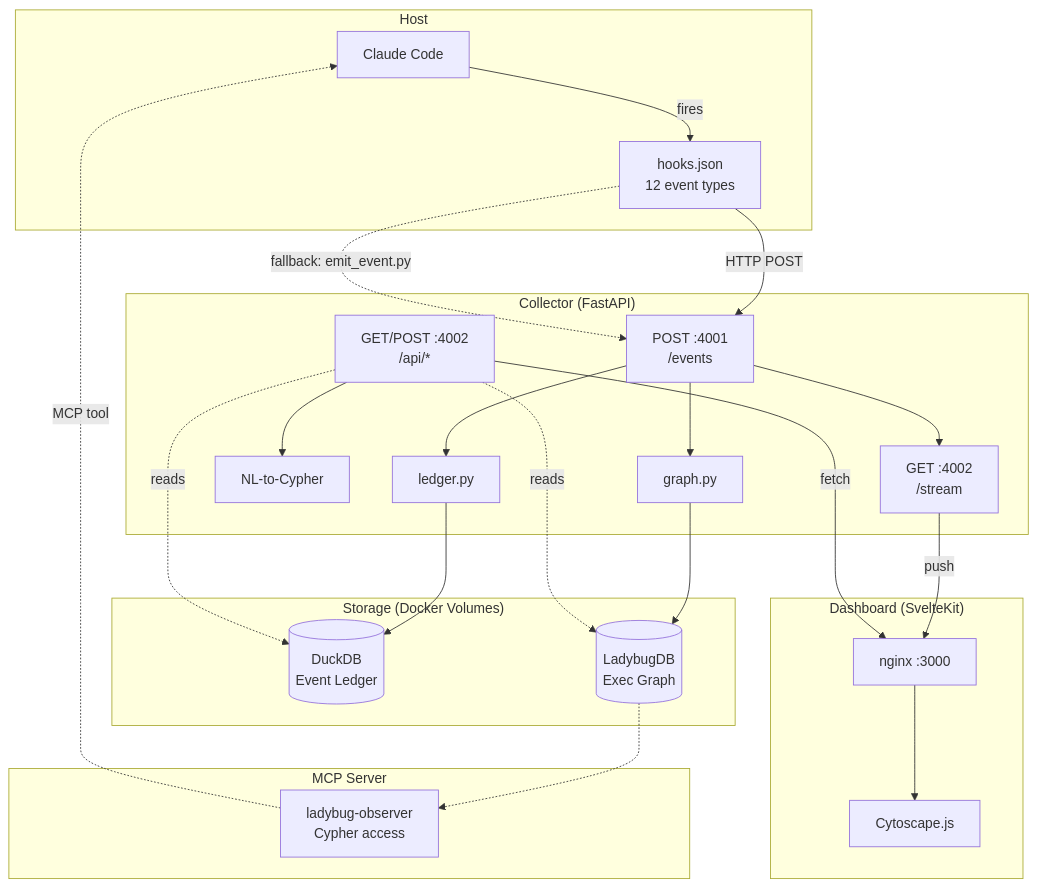
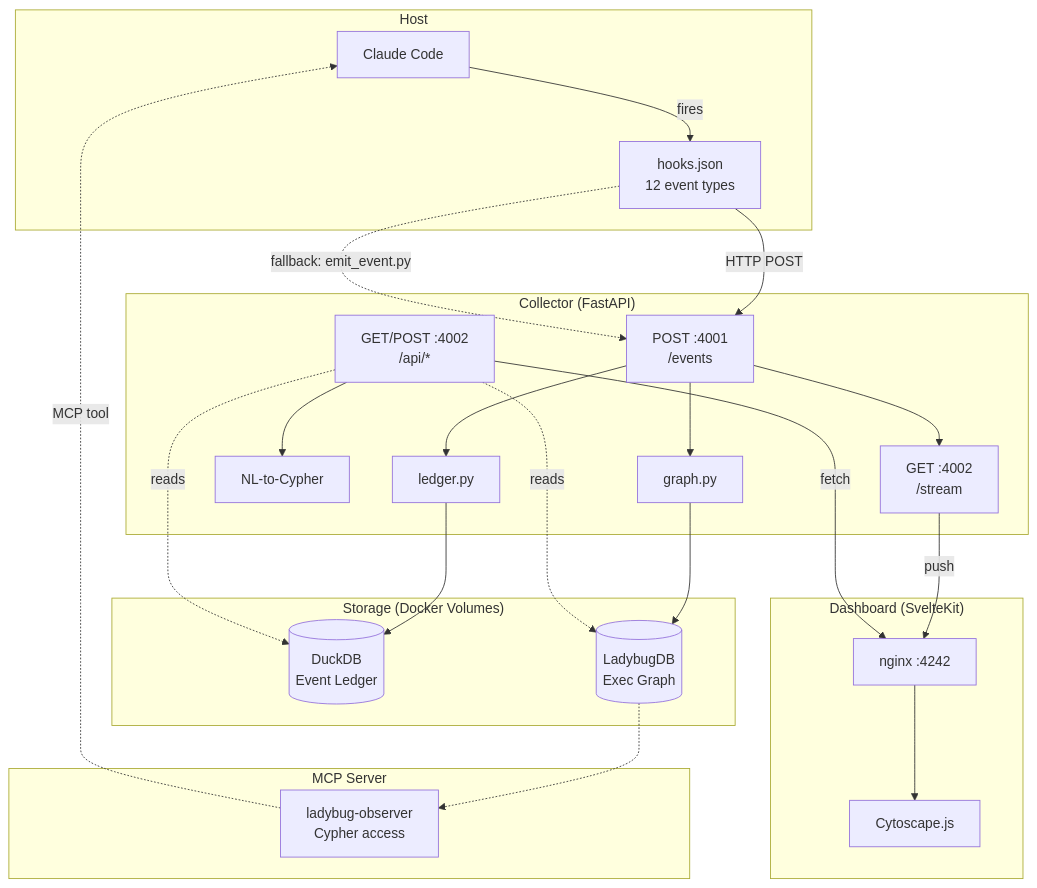
One commit to halcyondude/observable-claude changed the first of 4 diagrams in docs/architecture.md. Above: the diagram before and after it, drawn with Mermaid. The commit also changed other lines of this file and 10 other files, not shown here.

````diff
--- a/docs/architecture.md
+++ b/docs/architecture.md
@@ -12,48 +12,48 @@
 ```mermaid
 flowchart TB
     subgraph HOST ["Host"]
         CC["Claude Code"]
         HOOKS["hooks.json<br/>12 event types"]
         CC -->|fires| HOOKS
     end
 
     subgraph COLLECTOR ["Collector (FastAPI)"]
         INGEST["POST :4001<br/>/events"]
         SSE_EP["GET :4002<br/>/stream"]
         REST["GET/POST :4002<br/>/api/*"]
         NL["NL-to-Cypher"]
         GRAPH_MOD["graph.py"]
         LEDGER_MOD["ledger.py"]
 
         INGEST --> LEDGER_MOD
         INGEST --> GRAPH_MOD
         INGEST --> SSE_EP
         REST --> NL
     end
 
     subgraph STORAGE ["Storage (Docker Volumes)"]
         DUCK[("DuckDB<br/>Event Ledger")]
         LADY[("LadybugDB<br/>Exec Graph")]
     end
 
     subgraph DASH ["Dashboard (SvelteKit)"]
-        NGINX["nginx :3000"]
+        NGINX["nginx :4242"]
         SVELTE["Cytoscape.js"]
         NGINX --> SVELTE
     end
 
     subgraph MCP ["MCP Server"]
         LADY_MCP["ladybug-observer<br/>Cypher access"]
     end
 
     HOOKS -->|"HTTP POST"| INGEST
     HOOKS -.->|"fallback: emit_event.py"| INGEST
     LEDGER_MOD --> DUCK
     GRAPH_MOD --> LADY
     REST -.->|reads| DUCK
     REST -.->|reads| LADY
     SSE_EP -->|push| NGINX
     REST -->|fetch| NGINX
     LADY -.-> LADY_MCP
     LADY_MCP -.->|MCP tool| CC
 ```
````
